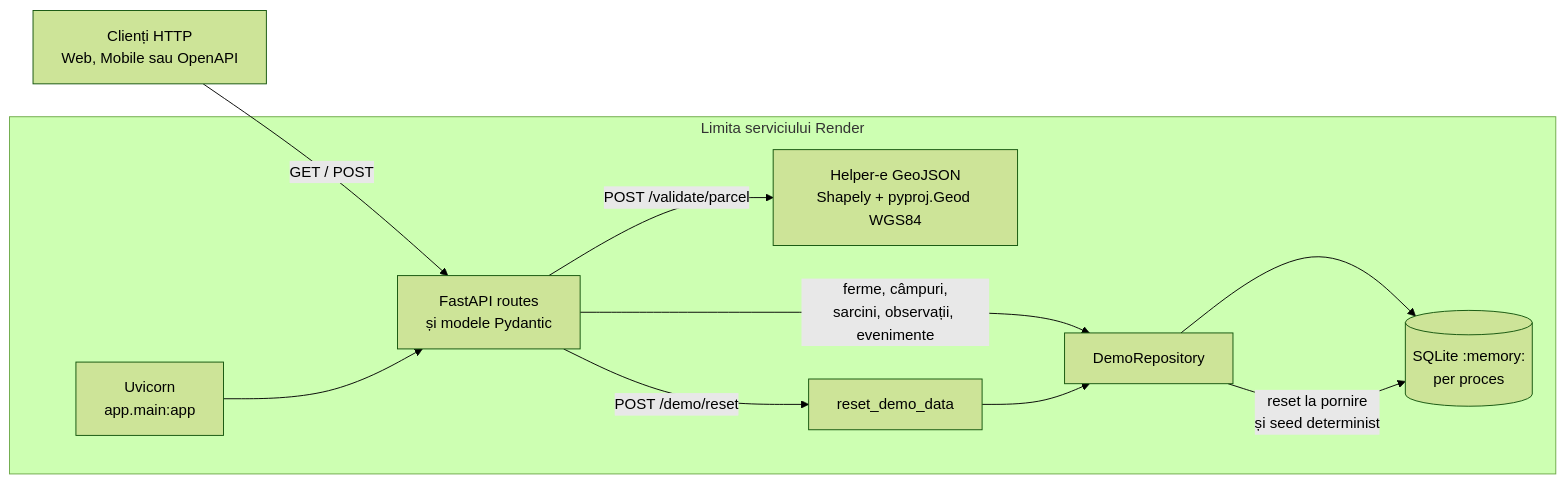
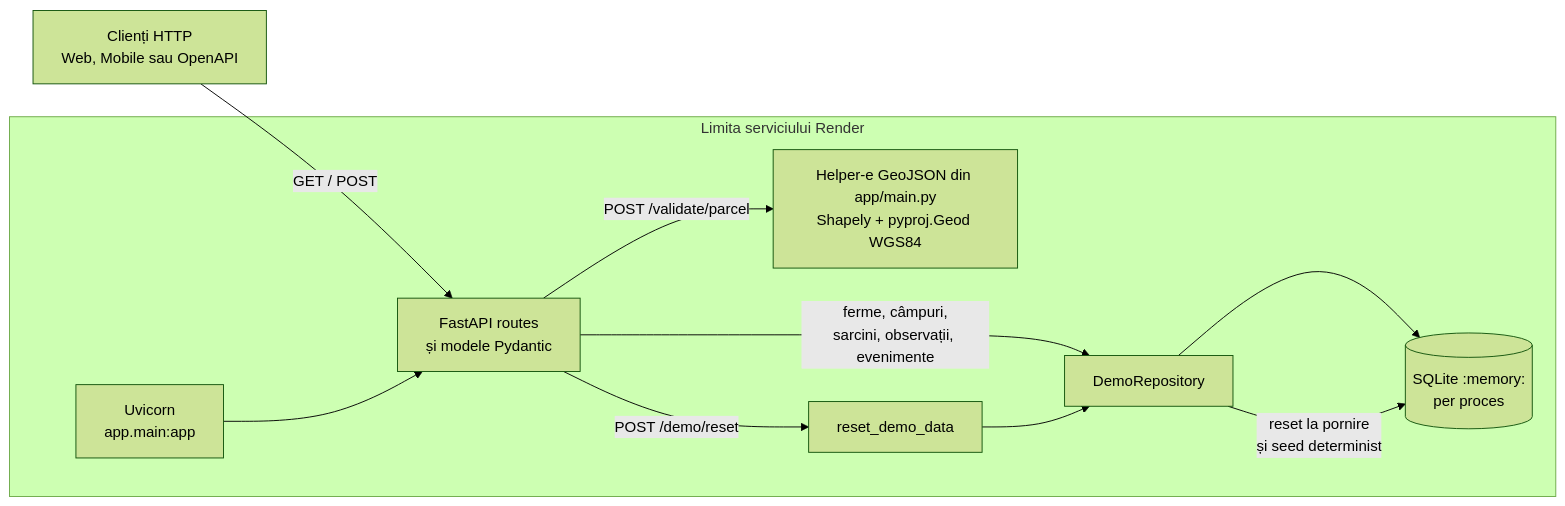
One commit to luciandanileico94-dev/farm-registry-python-tools changed the diagram in docs/architecture.md. Above: the diagram before and after it, drawn with Mermaid (forest theme). The commit also changed other lines of this file and 2 other files, not shown here.

Commit message:
docs: refresh architecture evidence

````diff
--- a/docs/architecture.md
+++ b/docs/architecture.md
@@ -8,14 +8,14 @@
 ```mermaid
 flowchart LR
     C[Clienți HTTP<br/>Web, Mobile sau OpenAPI] -->|GET / POST| R
 
     subgraph Render[Limita serviciului Render]
         U[Uvicorn<br/>app.main:app] --> R[FastAPI routes<br/>și modele Pydantic]
         R -->|ferme, câmpuri,<br/>sarcini, observații, evenimente| D[DemoRepository]
         D --> S[(SQLite :memory:<br/>per proces)]
-        R -->|POST /validate/parcel| G[Helper-e GeoJSON<br/>Shapely + pyproj.Geod WGS84]
+        R -->|POST /validate/parcel| G[Helper-e GeoJSON din app/main.py<br/>Shapely + pyproj.Geod WGS84]
         R -->|POST /demo/reset| X[reset_demo_data]
         X --> D
         D -->|reset la pornire<br/>și seed determinist| S
     end
 ```
````
